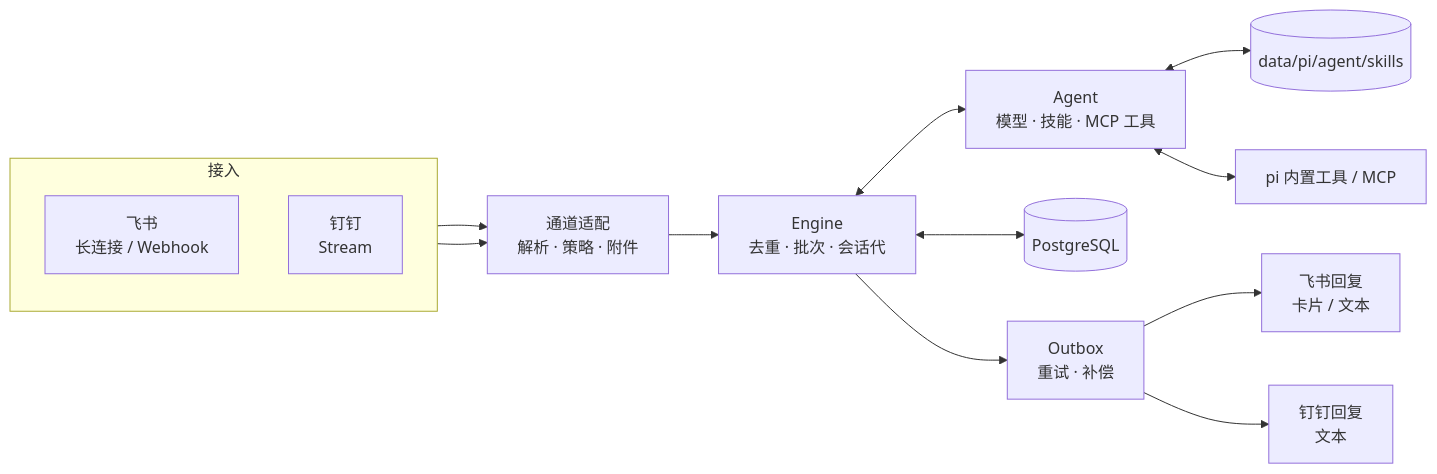
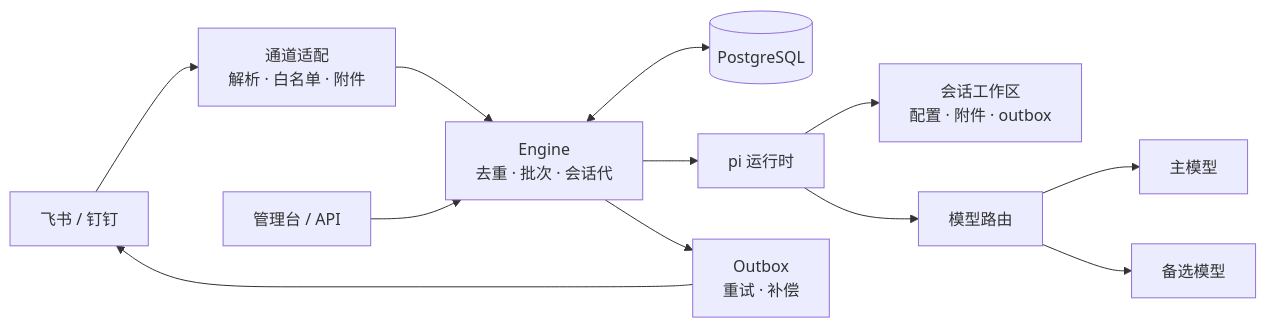
Before and after one commit to dongdonglog/Agenthub: the diagram in README.md, drawn with Mermaid. The commit also changed other lines of this file and 5 other files, not shown here.

````diff
--- a/README.md
+++ b/README.md
@@ -62,18 +98,14 @@
 ```mermaid
 flowchart LR
-    subgraph IN[接入]
-      direction TB
-      FS[飞书<br/>长连接 / Webhook]
-      DT[钉钉<br/>Stream]
-    end
-    FS --> AD[通道适配<br/>解析 · 策略 · 附件]
-    DT --> AD
-    AD --> E[Engine<br/>去重 · 批次 · 会话代]
-    E <--> A[Agent<br/>模型 · 技能 · MCP 工具]
-    E <--> DB[(PostgreSQL)]
-    A <--> SK[(data/pi/agent/skills)]
-    A <--> MCP[pi 内置工具 / MCP]
-    E --> O[Outbox<br/>重试 · 补偿]
-    O --> FR[飞书回复<br/>卡片 / 文本]
-    O --> DR[钉钉回复<br/>文本]
+  U[飞书 / 钉钉] --> C[通道适配<br/>解析 · 白名单 · 附件]
+  C --> E[Engine<br/>去重 · 批次 · 会话代]
+  E <--> DB[(PostgreSQL)]
+  E --> R[pi 运行时]
+  R --> W[会话工作区<br/>配置 · 附件 · outbox]
+  R --> MR[模型路由]
+  MR --> P1[主模型]
+  MR --> P2[备选模型]
+  E --> O[Outbox<br/>重试 · 补偿]
+  O --> U
+  A[管理台 / API] --> E
 ```
````
